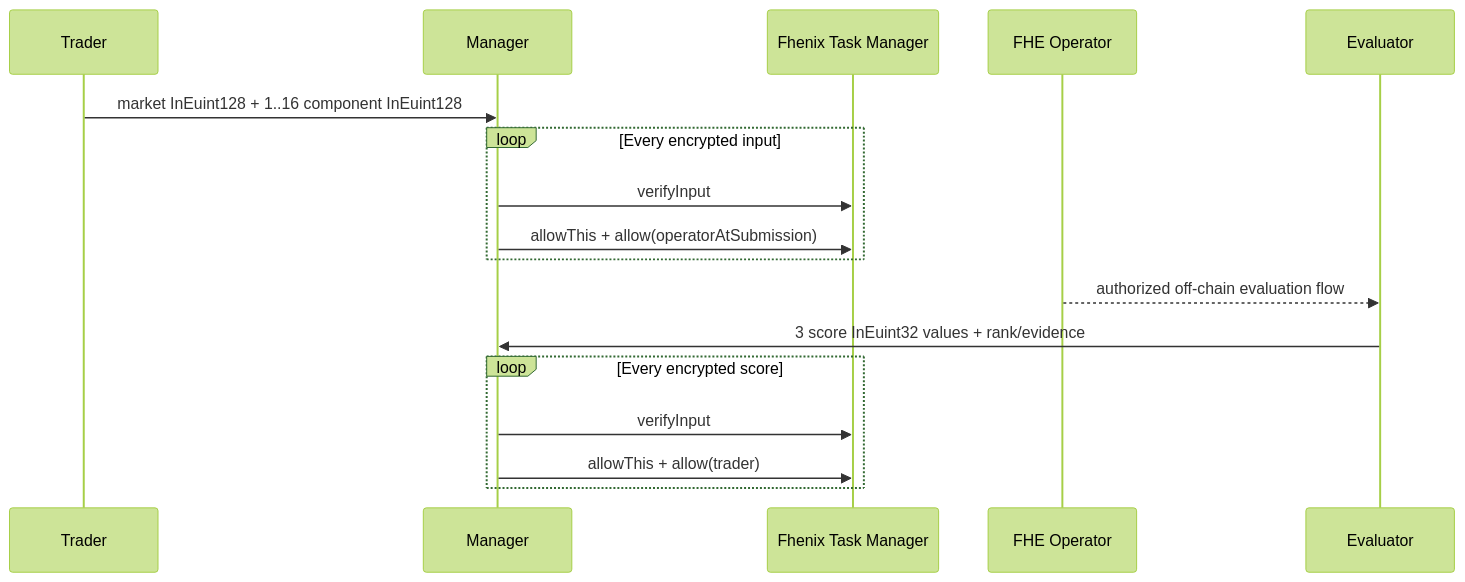
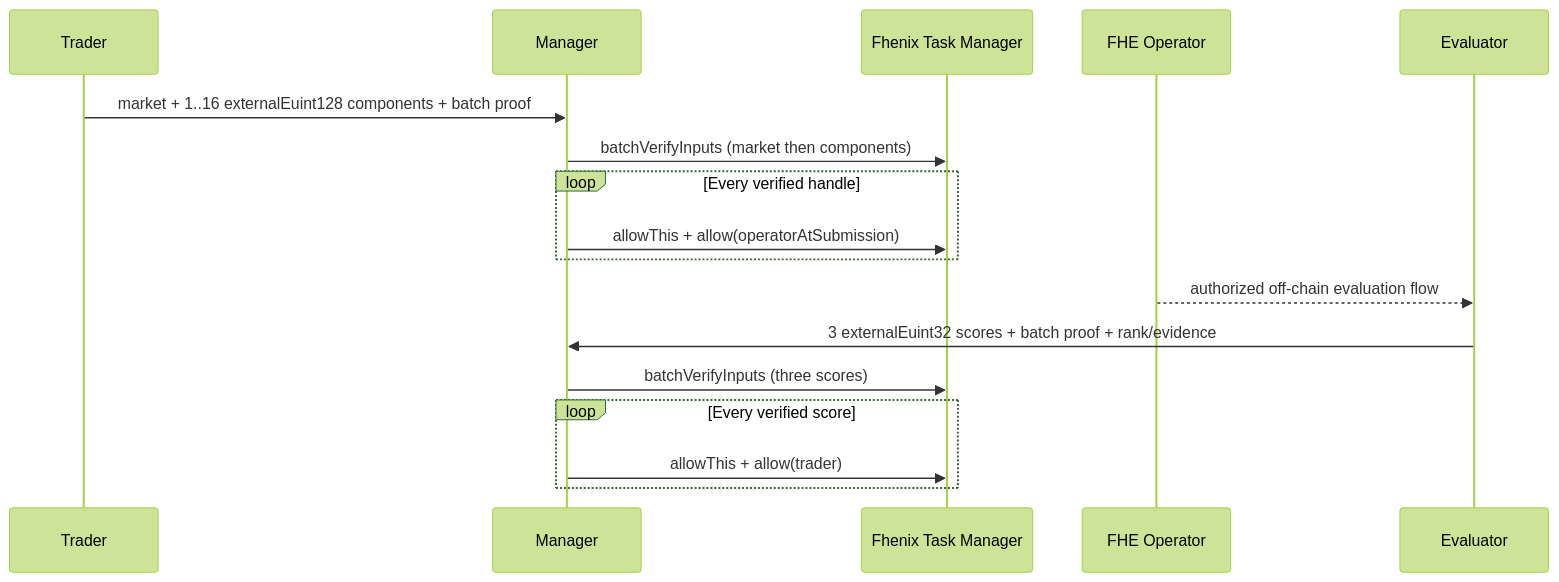
Before and after one commit to Nilay27/alphaengine-contracts: the second of 2 diagrams in src/strategy/README.md, drawn with Mermaid (forest theme). The commit also changed other lines of this file and 82 other files, not shown here.

````diff
--- a/src/strategy/README.md
+++ b/src/strategy/README.md
@@ -44,20 +44,20 @@
 ```mermaid
 sequenceDiagram
     participant Trader
     participant Manager
     participant TM as Fhenix Task Manager
     participant Operator as FHE Operator
     participant Evaluator
 
-    Trader->>Manager: market InEuint128 + 1..16 component InEuint128
-    loop Every encrypted input
-        Manager->>TM: verifyInput
+    Trader->>Manager: market + 1..16 externalEuint128 components + batch proof
+    Manager->>TM: batchVerifyInputs (market then components)
+    loop Every verified handle
         Manager->>TM: allowThis + allow(operatorAtSubmission)
     end
     Operator-->>Evaluator: authorized off-chain evaluation flow
-    Evaluator->>Manager: 3 score InEuint32 values + rank/evidence
-    loop Every encrypted score
-        Manager->>TM: verifyInput
+    Evaluator->>Manager: 3 externalEuint32 scores + batch proof + rank/evidence
+    Manager->>TM: batchVerifyInputs (three scores)
+    loop Every verified score
         Manager->>TM: allowThis + allow(trader)
     end
 ```
````
